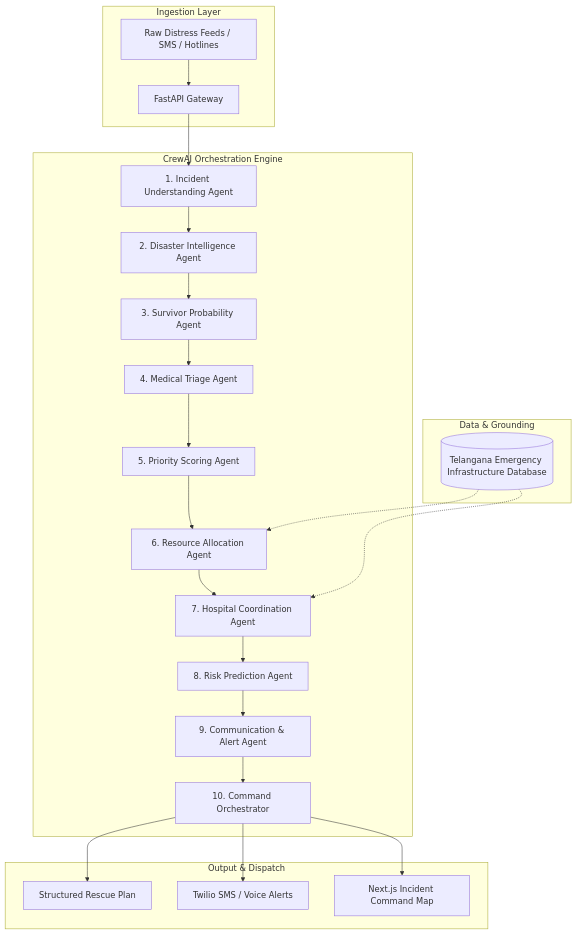
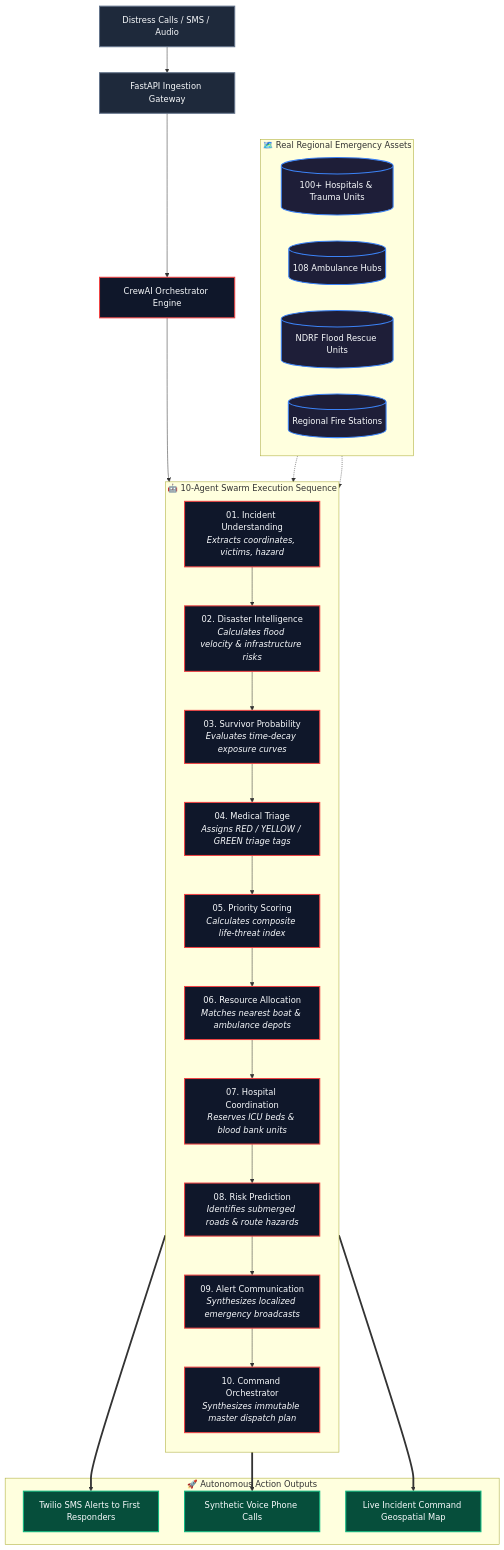
One commit to Vikram30069/RescueNet-AI changed the diagram in README.md. Above: the diagram before and after it, drawn with Mermaid. The commit also changed other lines of this file, not shown here.

````diff
--- a/README.md
+++ b/README.md
@@ -35,30 +62,48 @@
 ```mermaid
-graph TD
-    subgraph Ingestion Layer
-        RAW[Raw Distress Feeds / SMS / Hotlines] --> API[FastAPI Gateway]
+flowchart TD
+    classDef input fill:#1e293b,stroke:#64748b,stroke-width:2px,color:#f8fafc;
+    classDef agent fill:#0f172a,stroke:#ef4444,stroke-width:2px,color:#f8fafc;
+    classDef data fill:#1e1e38,stroke:#3b82f6,stroke-width:2px,color:#f8fafc;
+    classDef output fill:#064e3b,stroke:#10b981,stroke-width:2px,color:#f8fafc;
+
+    IN1[Distress Calls / SMS / Audio]:::input --> API[FastAPI Ingestion Gateway]:::input
+    API --> ORCH[CrewAI Orchestrator Engine]:::agent
+
+    subgraph AgentPipeline ["🤖 10-Agent Swarm Execution Sequence"]
+        direction TB
+        A1["01. Incident Understanding<br/><i>Extracts coordinates, victims, hazard</i>"]:::agent
+        A2["02. Disaster Intelligence<br/><i>Calculates flood velocity & infrastructure risks</i>"]:::agent
+        A3["03. Survivor Probability<br/><i>Evaluates time-decay exposure curves</i>"]:::agent
+        A4["04. Medical Triage<br/><i>Assigns RED / YELLOW / GREEN triage tags</i>"]:::agent
+        A5["05. Priority Scoring<br/><i>Calculates composite life-threat index</i>"]:::agent
+        A6["06. Resource Allocation<br/><i>Matches nearest boat & ambulance depots</i>"]:::agent
+        A7["07. Hospital Coordination<br/><i>Reserves ICU beds & blood bank units</i>"]:::agent
+        A8["08. Risk Prediction<br/><i>Identifies submerged roads & route hazards</i>"]:::agent
+        A9["09. Alert Communication<br/><i>Synthesizes localized emergency broadcasts</i>"]:::agent
+        A10["10. Command Orchestrator<br/><i>Synthesizes immutable master dispatch plan</i>"]:::agent
+
+        A1 --> A2 --> A3 --> A4 --> A5 --> A6 --> A7 --> A8 --> A9 --> A10
     end
 
-    subgraph 10-Agent Pipeline [CrewAI Orchestration Engine]
-        API --> A1[1. Incident Understanding Agent]
-        A1 --> A2[2. Disaster Intelligence Agent]
-        A2 --> A3[3. Survivor Probability Agent]
-        A3 --> A4[4. Medical Triage Agent]
-        A4 --> A5[5. Priority Scoring Agent]
-        A5 --> A6[6. Resource Allocation Agent]
-        A6 --> A7[7. Hospital Coordination Agent]
-        A7 --> A8[8. Risk Prediction Agent]
-        A8 --> A9[9. Communication & Alert Agent]
-        A9 --> A10[10. Command Orchestrator]
+    ORCH --> AgentPipeline
+
+    subgraph TelanganaGIS ["🗺️ Real Regional Emergency Assets"]
+        HOSP[(100+ Hospitals & Trauma Units)]:::data
+        AMB[(108 Ambulance Hubs)]:::data
+        NDRF[(NDRF Flood Rescue Units)]:::data
+        FIRE[(Regional Fire Stations)]:::data
     end
 
-    subgraph Data & Grounding
-        DB[(Telangana Emergency Infrastructure Database)] -.-> A6
-        DB -.-> A7
+    TelanganaGIS -.-> A6
+    TelanganaGIS -.-> A7
+
+    subgraph DispatchOut ["🚀 Autonomous Action Outputs"]
+        SMS[Twilio SMS Alerts to First Responders]:::output
+        VOICE[Synthetic Voice Phone Calls]:::output
+        DASH[Live Incident Command Geospatial Map]:::output
     end
 
-    subgraph Output & Dispatch
-        A10 --> PLAN[Structured Rescue Plan]
-        A10 --> TWILIO[Twilio SMS / Voice Alerts]
-        A10 --> UI[Next.js Incident Command Map]
-    end
+    A10 ==> SMS
+    A10 ==> VOICE
+    A10 ==> DASH
 ```
````
